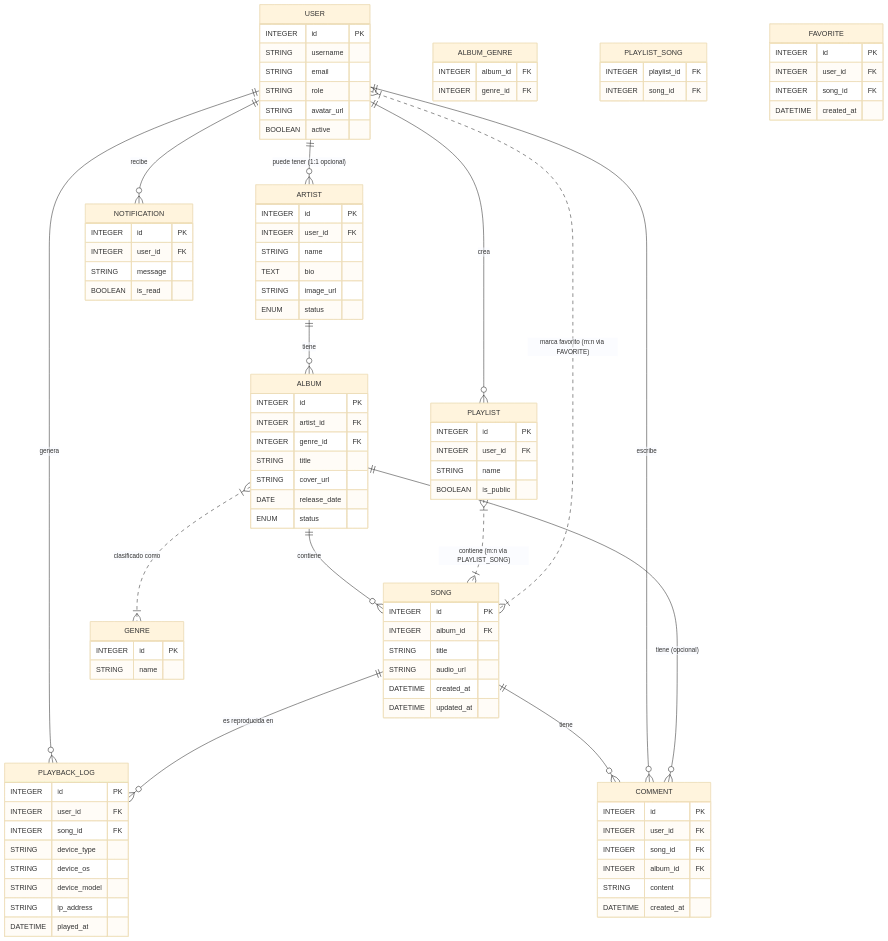
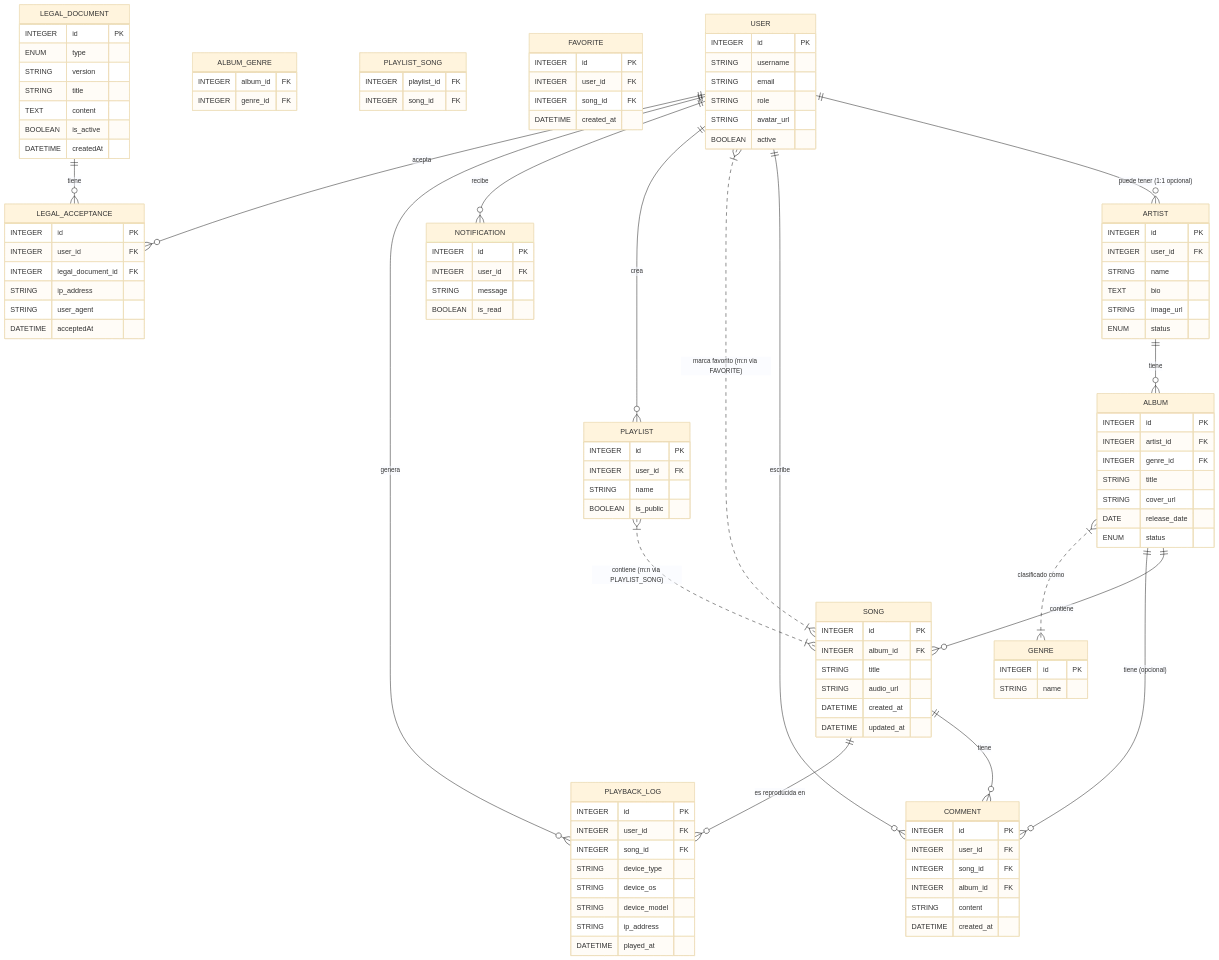
The diagram in docs/data-model.mmd (jamesTautiva/BITTU-API), drawn with Mermaid (base theme) before and after one commit. The commit also changed 15 other files, not shown here.

```diff
--- a/docs/data-model.mmd
+++ b/docs/data-model.mmd
@@ -1,110 +1,131 @@
 %% Data model diagram for BITU
 %% Generated: 2025-12-26
 erDiagram
   USER {
     INTEGER id PK
     STRING username
     STRING email
     STRING role
     STRING avatar_url
     BOOLEAN active
   }
 
   ARTIST {
     INTEGER id PK
     INTEGER user_id FK
     STRING name
     TEXT bio
     STRING image_url
     ENUM status
   }
 
   ALBUM {
     INTEGER id PK
     INTEGER artist_id FK
     INTEGER genre_id FK
     STRING title
     STRING cover_url
     DATE release_date
     ENUM status
   }
 
   SONG {
     INTEGER id PK
     INTEGER album_id FK
     STRING title
     STRING audio_url
     DATETIME created_at
     DATETIME updated_at
   }
 
   COMMENT {
     INTEGER id PK
     INTEGER user_id FK
     INTEGER song_id FK
     INTEGER album_id FK
     STRING content
     DATETIME created_at
   }
 
   GENRE {
     INTEGER id PK
     STRING name
   }
 
   ALBUM_GENRE {
     INTEGER album_id FK
     INTEGER genre_id FK
   }
 
   PLAYLIST {
     INTEGER id PK
     INTEGER user_id FK
     STRING name
     BOOLEAN is_public
   }
 
   PLAYLIST_SONG {
     INTEGER playlist_id FK
     INTEGER song_id FK
   }
 
   FAVORITE {
     INTEGER id PK
     INTEGER user_id FK
     INTEGER song_id FK
     DATETIME created_at
   }
 
   NOTIFICATION {
     INTEGER id PK
     INTEGER user_id FK
     STRING message
     BOOLEAN is_read
   }
 
   PLAYBACK_LOG {
     INTEGER id PK
     INTEGER user_id FK
     INTEGER song_id FK
     STRING device_type
     STRING device_os
     STRING device_model
     STRING ip_address
     DATETIME played_at
   }
 
+  LEGAL_DOCUMENT {
+    INTEGER id PK
+    ENUM type
+    STRING version
+    STRING title
+    TEXT content
+    BOOLEAN is_active
+    DATETIME createdAt
+  }
+
+  LEGAL_ACCEPTANCE {
+    INTEGER id PK
+    INTEGER user_id FK
+    INTEGER legal_document_id FK
+    STRING ip_address
+    STRING user_agent
+    DATETIME acceptedAt
+  }
+
   %% Relaciones
   USER ||--o{ ARTIST : "puede tener (1:1 opcional)"
   ARTIST ||--o{ ALBUM : "tiene"
   ALBUM ||--o{ SONG : "contiene"
   SONG ||--o{ COMMENT : "tiene"
   USER ||--o{ COMMENT : "escribe"
   ALBUM ||--o{ COMMENT : "tiene (opcional)"
   ALBUM }|..|{ GENRE : "clasificado como"
   PLAYLIST }|..|{ SONG : "contiene (m:n via PLAYLIST_SONG)"
   USER }|..|{ SONG : "marca favorito (m:n via FAVORITE)"
   USER ||--o{ PLAYLIST : "crea"
   USER ||--o{ NOTIFICATION : "recibe"
   USER ||--o{ PLAYBACK_LOG : "genera"
   SONG ||--o{ PLAYBACK_LOG : "es reproducida en"
+  LEGAL_DOCUMENT ||--o{ LEGAL_ACCEPTANCE : "tiene"
+  USER ||--o{ LEGAL_ACCEPTANCE : "acepta"
```
